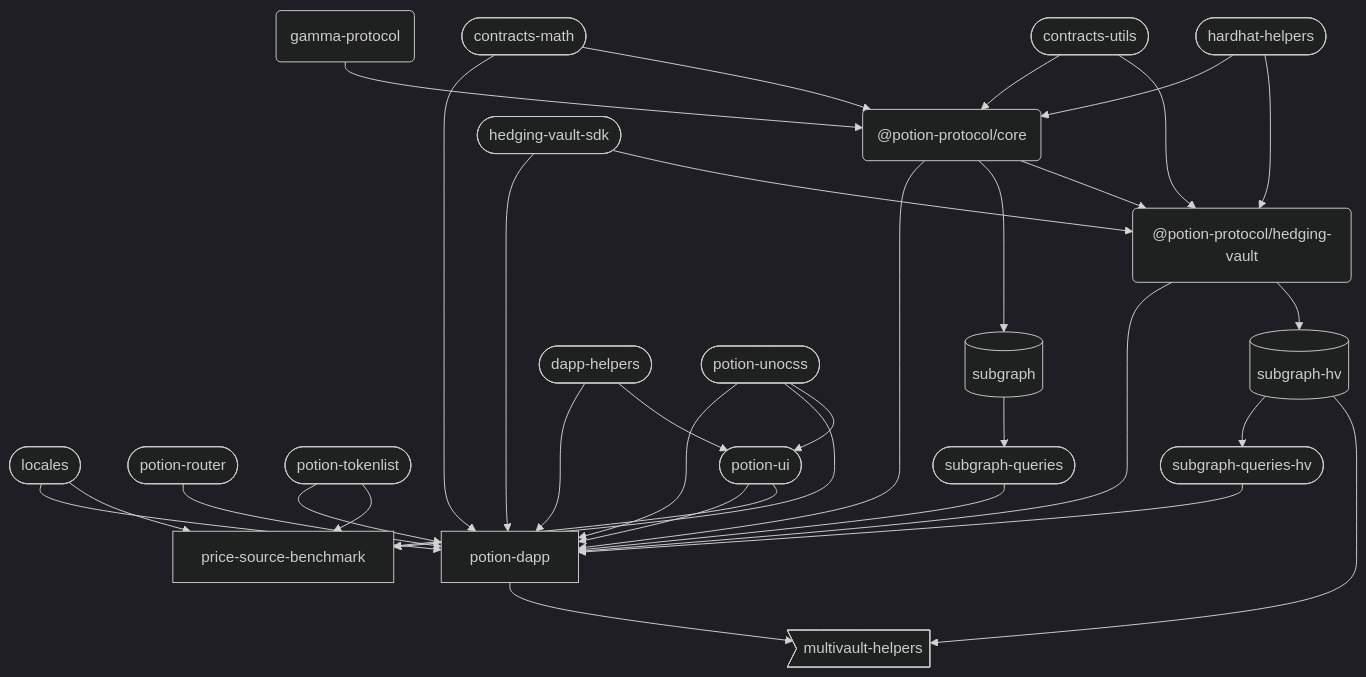
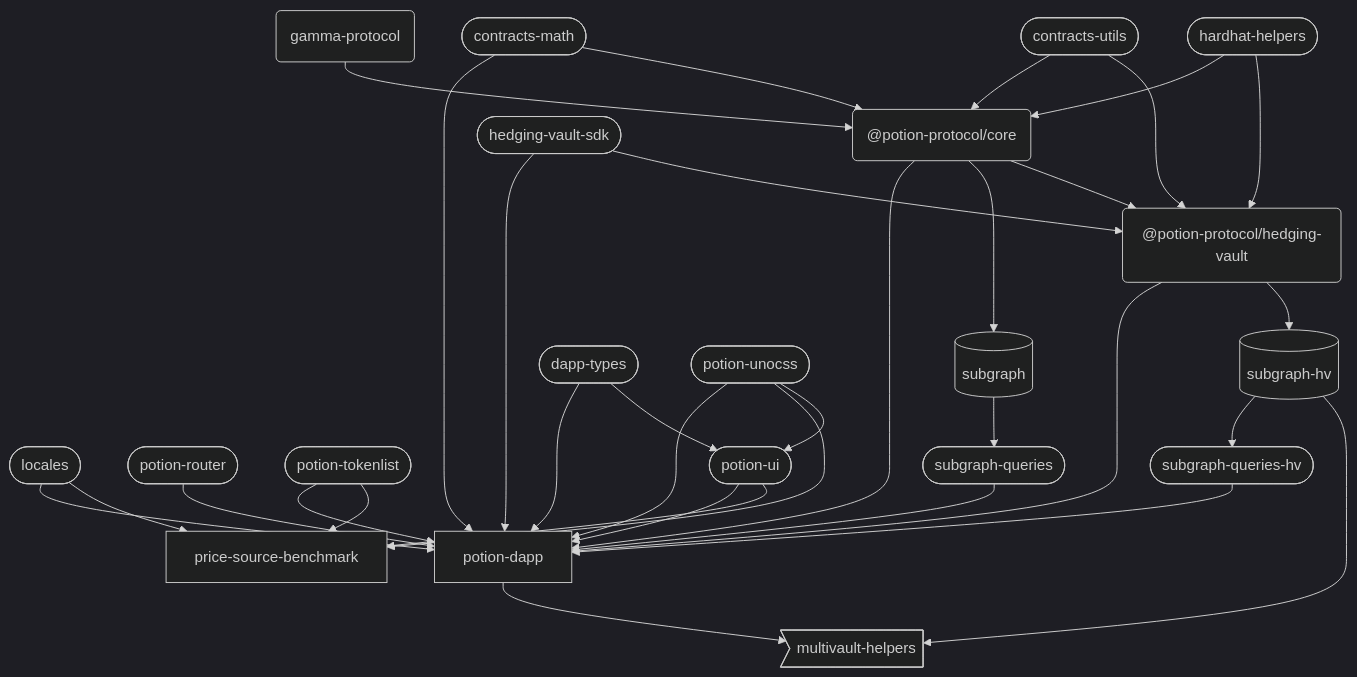
One commit to ntropika-labs/potion-protocol changed the diagram in README.md. Above: the diagram before and after it, drawn with Mermaid (dark theme).

Commit message:
docs: typo fix

````diff
--- a/README.md
+++ b/README.md
@@ -214,55 +214,55 @@
 ```mermaid
     graph TD;
       A[potion-dapp]
       B[price-source-benchmark]
       C[(subgraph)]
       D[(subgraph-hv)]
       E("@potion-protocol/core")
       F("@potion-protocol/hedging-vault")
       G(gamma-protocol)
       H([contracts-math])
       I([contracts-utils])
-      J([dapp-helpers])
+      J([dapp-types])
       K([hardhat-helpers])
       L([hedging-vault-sdk])
       M([locales])
       N([potion-router])
       O([potion-tokenlist])
       P([potion-ui])
       Q([potion-unocss])
       R([subgraph-queries])
       S([subgraph-queries-hv])
       T>multivault-helpers]
       A --> T
       C --> R
       D --> S
       D --> T
       E --> A
       E --> C
       E --> F
       F --> A
       F --> D
       G --> E
       H --> A
       H --> E
       I --> E
       I --> F
       J --> A
       J --> P
       K --> E
       K --> F
       L --> A
       L --> F
       M --> A
       M --> B
       N --> A
       O --> A
       O --> B
       P --> A
       P --> B
       Q --> A
       Q --> B
       Q --> P
       R --> A
       S --> A
 ```
````
